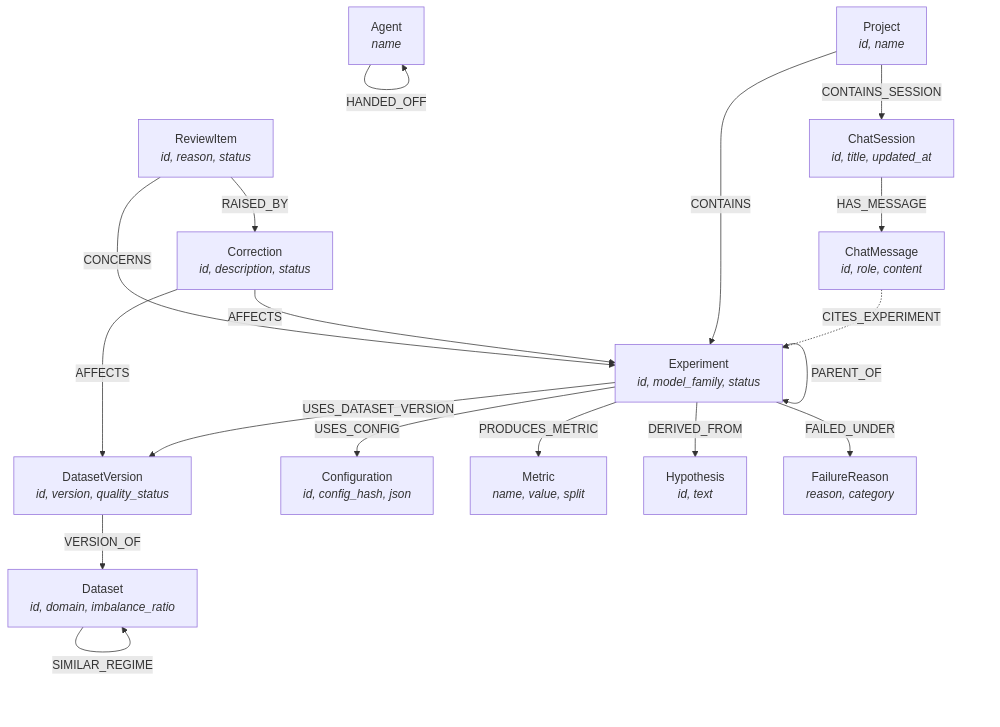
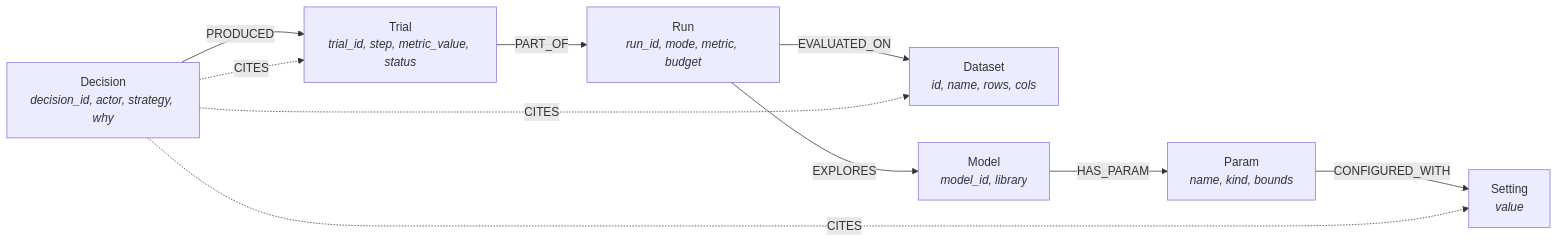
The diagram in README.md (MithilHM/RUNWISE), drawn with Mermaid before and after one commit. The commit also changed other lines of this file and 26 other files, not shown here.

````diff
--- a/README.md
+++ b/README.md
@@ -32,41 +25,20 @@
 ```mermaid
-graph TD
-    Project["Project<br><i>id, name</i>"]
-    ChatSession["ChatSession<br><i>id, title, updated_at</i>"]
-    ChatMessage["ChatMessage<br><i>id, role, content</i>"]
-    
-    Dataset["Dataset<br><i>id, domain, imbalance_ratio</i>"]
-    DatasetVersion["DatasetVersion<br><i>id, version, quality_status</i>"]
-    
-    Experiment["Experiment<br><i>id, model_family, status</i>"]
-    Configuration["Configuration<br><i>id, config_hash, json</i>"]
-    Metric["Metric<br><i>name, value, split</i>"]
-    Hypothesis["Hypothesis<br><i>id, text</i>"]
-    FailureReason["FailureReason<br><i>reason, category</i>"]
-    
-    Correction["Correction<br><i>id, description, status</i>"]
-    ReviewItem["ReviewItem<br><i>id, reason, status</i>"]
-    Agent["Agent<br><i>name</i>"]
+graph LR
+    Dataset["Dataset<br><i>id, name, rows, cols</i>"]
+    Run["Run<br><i>run_id, mode, metric, budget</i>"]
+    Model["Model<br><i>model_id, library</i>"]
+    Param["Param<br><i>name, kind, bounds</i>"]
+    Setting["Setting<br><i>value</i>"]
+    Trial["Trial<br><i>trial_id, step, metric_value, status</i>"]
+    Decision["Decision<br><i>decision_id, actor, strategy, why</i>"]
 
-    Project -->|CONTAINS_SESSION| ChatSession
-    ChatSession -->|HAS_MESSAGE| ChatMessage
-    ChatMessage -.->|CITES_EXPERIMENT| Experiment
-
-    Project -->|CONTAINS| Experiment
-    Experiment -->|USES_CONFIG| Configuration
-    Experiment -->|USES_DATASET_VERSION| DatasetVersion
-    DatasetVersion -->|VERSION_OF| Dataset
-    Experiment -->|PRODUCES_METRIC| Metric
-    Experiment -->|DERIVED_FROM| Hypothesis
-    Experiment -->|FAILED_UNDER| FailureReason
-    Experiment -->|PARENT_OF| Experiment
-    
-    Dataset -->|SIMILAR_REGIME| Dataset
-    
-    Correction -->|AFFECTS| DatasetVersion
-    Correction -->|AFFECTS| Experiment
-    ReviewItem -->|CONCERNS| Experiment
-    ReviewItem -->|RAISED_BY| Correction
-    
-    Agent -->|HANDED_OFF| Agent
+    Run -->|EVALUATED_ON| Dataset
+    Run -->|EXPLORES| Model
+    Model -->|HAS_PARAM| Param
+    Param -->|CONFIGURED_WITH| Setting
+    Trial -->|PART_OF| Run
+    Decision -->|PRODUCED| Trial
+    Decision -.->|CITES| Setting
+    Decision -.->|CITES| Trial
+    Decision -.->|CITES| Dataset
 ```
````
